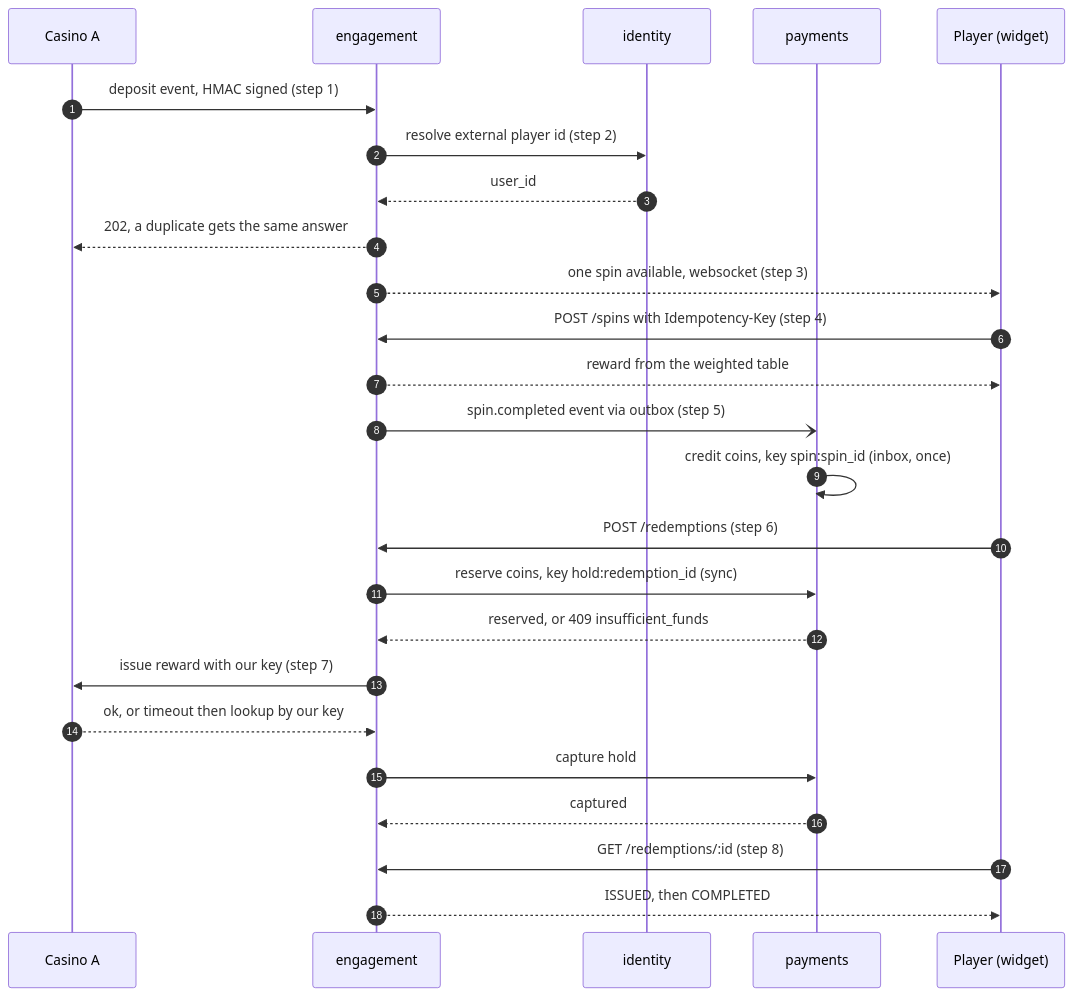
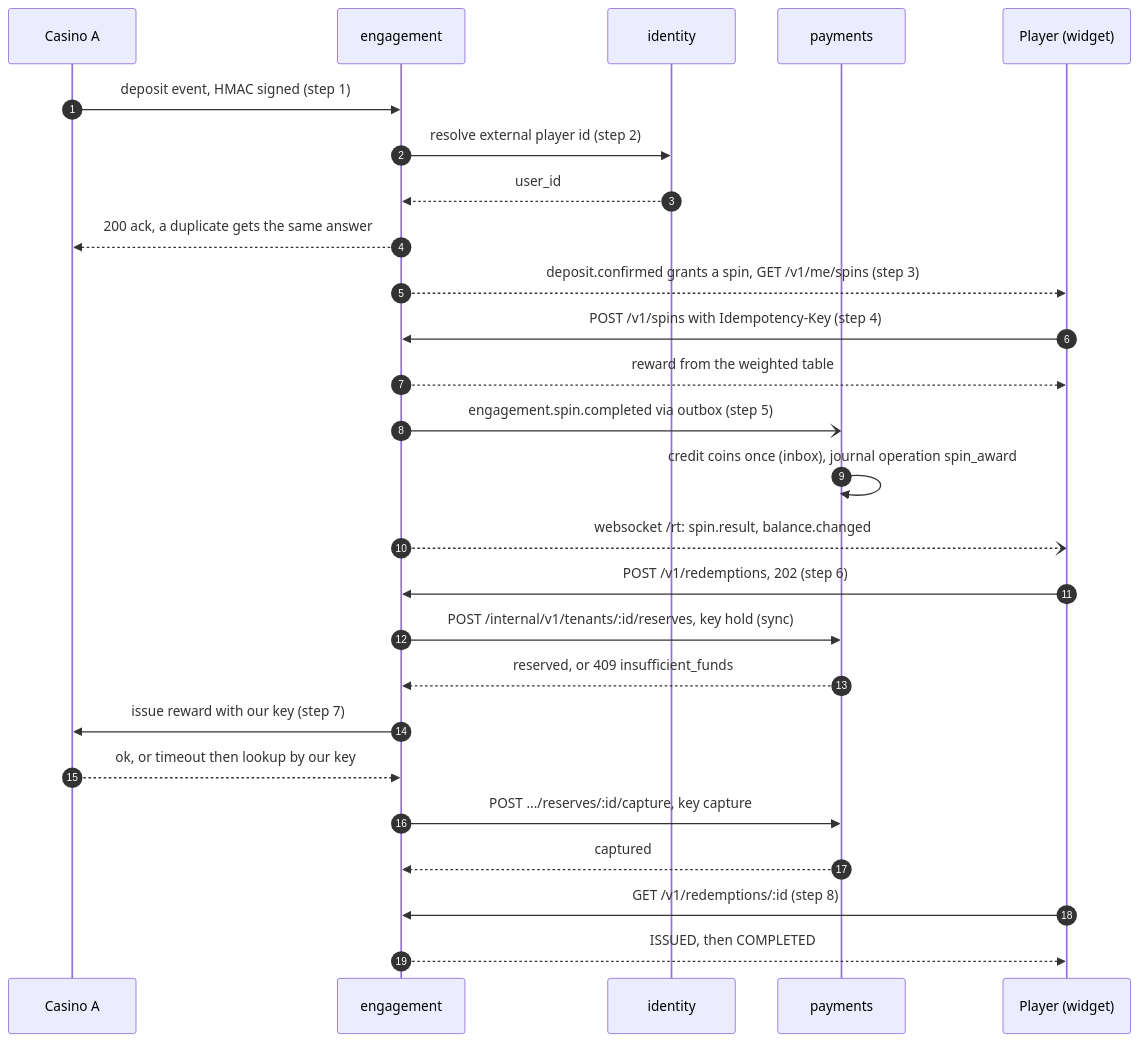
Before and after one commit to maxml/ex-mio-games: the second of 7 diagrams in docs/architecture/README.md, drawn with Mermaid. The commit also changed other lines of this file and 25 other files, not shown here.

First line of the commit message:
docs: rebuild the ERDs from the real schema (identity 13, engagement 15, payments 22 tables) and fix the other diagrams against the code

````diff
--- a/docs/architecture/README.md
+++ b/docs/architecture/README.md
@@ -107,28 +113,29 @@
 ```mermaid
 sequenceDiagram
   autonumber
   participant C as Casino A
   participant E as engagement
   participant I as identity
   participant P as payments
   participant U as Player (widget)
 
   C->>E: deposit event, HMAC signed (step 1)
   E->>I: resolve external player id (step 2)
   I-->>E: user_id
-  E-->>C: 202, a duplicate gets the same answer
-  E-->>U: one spin available, websocket (step 3)
-  U->>E: POST /spins with Idempotency-Key (step 4)
+  E-->>C: 200 ack, a duplicate gets the same answer
+  E-->>U: deposit.confirmed grants a spin, GET /v1/me/spins (step 3)
+  U->>E: POST /v1/spins with Idempotency-Key (step 4)
   E-->>U: reward from the weighted table
-  E-)P: spin.completed event via outbox (step 5)
-  P->>P: credit coins, key spin:spin_id (inbox, once)
-  U->>E: POST /redemptions (step 6)
-  E->>P: reserve coins, key hold:redemption_id (sync)
+  E-)P: engagement.spin.completed via outbox (step 5)
+  P->>P: credit coins once (inbox), journal operation spin_award
+  E--)U: websocket /rt: spin.result, balance.changed
+  U->>E: POST /v1/redemptions, 202 (step 6)
+  E->>P: POST /internal/v1/tenants/:id/reserves, key hold (sync)
   P-->>E: reserved, or 409 insufficient_funds
   E->>C: issue reward with our key (step 7)
   C-->>E: ok, or timeout then lookup by our key
-  E->>P: capture hold
+  E->>P: POST .../reserves/:id/capture, key capture
   P-->>E: captured
-  U->>E: GET /redemptions/:id (step 8)
+  U->>E: GET /v1/redemptions/:id (step 8)
   E-->>U: ISSUED, then COMPLETED
 ```
````
